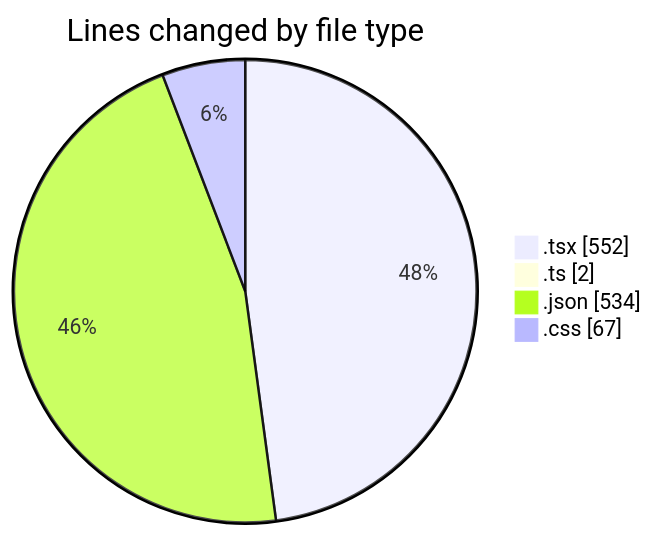
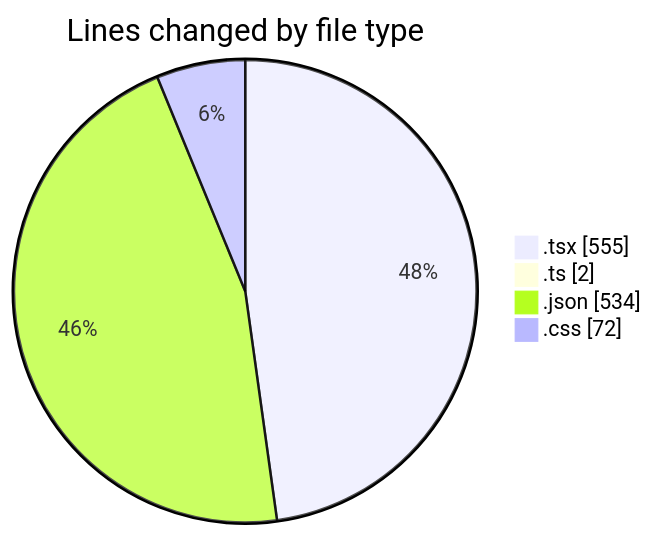
The first of 2 diagrams in 2025-08-02/tw-server/README.md (EIIisD/code-tracking), drawn with Mermaid before and after one commit. The commit also changed other lines of this file and 1 other file, not shown here.

````diff
--- a/2025-08-02/tw-server/README.md
+++ b/2025-08-02/tw-server/README.md
@@ -24,8 +24,8 @@
 ```mermaid
 pie showData
 title Lines changed by file type
-".tsx" : 552
+".tsx" : 555
 ".ts" : 2
 ".json" : 534
-".css" : 67
+".css" : 72
 ```
````
